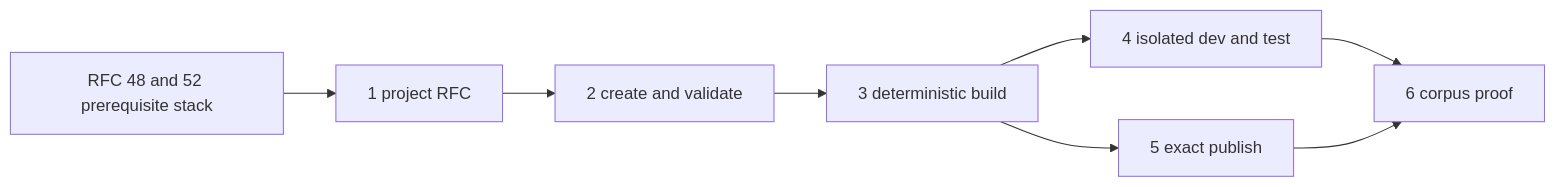
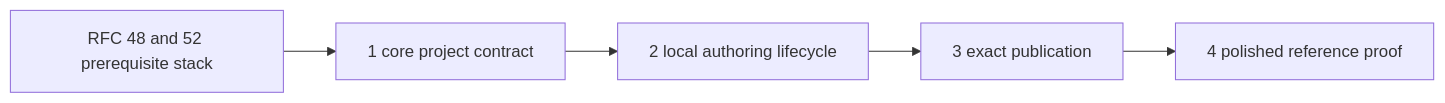
Before and after one commit to openclaw/rfcs: the diagram in rfcs/0016/implementation-plan.md, drawn with Mermaid. The commit also changed other lines of this file and 3 other files, not shown here.

Commit message:
docs(claws): focus project lifecycle on vertical proof

````diff
--- a/rfcs/0016/implementation-plan.md
+++ b/rfcs/0016/implementation-plan.md
@@ -140,10 +109,7 @@
 ```mermaid
 flowchart LR
-  Base[RFC 48 and 52 prerequisite stack] --> RFC[1 project RFC]
-  RFC --> Create[2 create and validate]
-  Create --> Build[3 deterministic build]
-  Build --> Dev[4 isolated dev and test]
-  Build --> Publish[5 exact publish]
-  Dev --> Corpus[6 corpus proof]
-  Publish --> Corpus
+  Base[RFC 48 and 52 prerequisite stack] --> RFC[1 core project contract]
+  RFC --> Local[2 local authoring lifecycle]
+  Local --> Publish[3 exact publication]
+  Publish --> Proof[4 polished reference proof]
 ```
````
